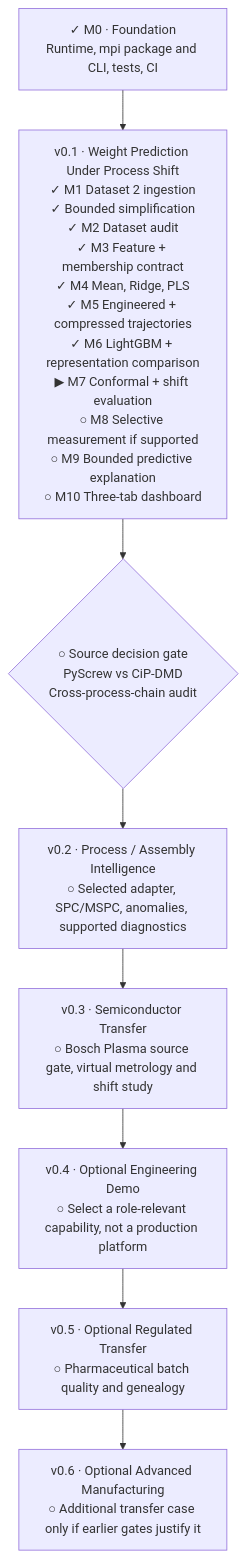
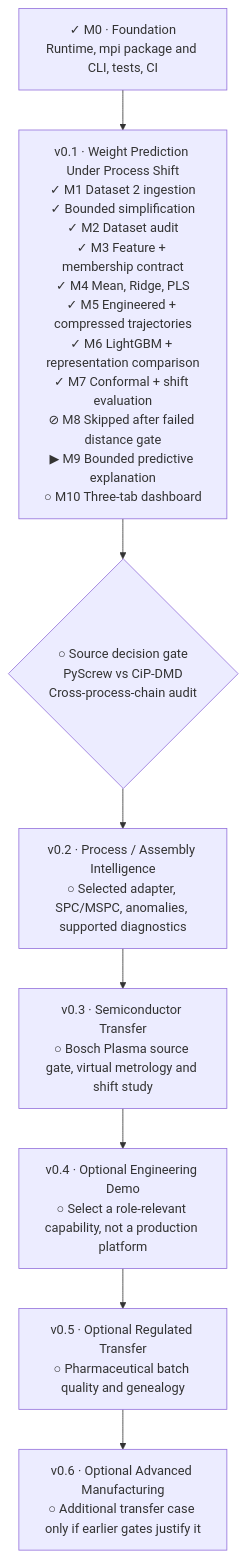
One commit to stevennitesh/manufacturing-process-intelligence changed the diagram in docs/implementation-roadmap.md. Above: the diagram before and after it, drawn with Mermaid. The commit also changed other lines of this file and 5 other files, not shown here.

Commit message:
Add M7 conformal uncertainty and distance screening

````diff
--- a/docs/implementation-roadmap.md
+++ b/docs/implementation-roadmap.md
@@ -40,15 +41,15 @@
 ```mermaid
 flowchart TB
     F["✓ M0 · Foundation<br/>Runtime, mpi package and CLI, tests, CI"]
 
-    MVP["v0.1 · Weight Prediction Under Process Shift<br/>✓ M1 Dataset 2 ingestion<br/>✓ Bounded simplification<br/>✓ M2 Dataset audit<br/>✓ M3 Feature + membership contract<br/>✓ M4 Mean, Ridge, PLS<br/>✓ M5 Engineered + compressed trajectories<br/>✓ M6 LightGBM + representation comparison<br/>▶ M7 Conformal + shift evaluation<br/>○ M8 Selective measurement if supported<br/>○ M9 Bounded predictive explanation<br/>○ M10 Three-tab dashboard"]
+    MVP["v0.1 · Weight Prediction Under Process Shift<br/>✓ M1 Dataset 2 ingestion<br/>✓ Bounded simplification<br/>✓ M2 Dataset audit<br/>✓ M3 Feature + membership contract<br/>✓ M4 Mean, Ridge, PLS<br/>✓ M5 Engineered + compressed trajectories<br/>✓ M6 LightGBM + representation comparison<br/>✓ M7 Conformal + shift evaluation<br/>⊘ M8 Skipped after failed distance gate<br/>▶ M9 Bounded predictive explanation<br/>○ M10 Three-tab dashboard"]
 
     AUDIT{"○ Source decision gate<br/>PyScrew vs CiP-DMD<br/>Cross-process-chain audit"}
     PI["v0.2 · Process / Assembly Intelligence<br/>○ Selected adapter, SPC/MSPC, anomalies, supported diagnostics"]
     SEMI["v0.3 · Semiconductor Transfer<br/>○ Bosch Plasma source gate, virtual metrology and shift study"]
     PROD["v0.4 · Optional Engineering Demo<br/>○ Select a role-relevant capability, not a production platform"]
     PHARMA["v0.5 · Optional Regulated Transfer<br/>○ Pharmaceutical batch quality and genealogy"]
     ADV["v0.6 · Optional Advanced Manufacturing<br/>○ Additional transfer case only if earlier gates justify it"]
 
     F --> MVP --> AUDIT --> PI --> SEMI --> PROD --> PHARMA --> ADV
 ```
````
